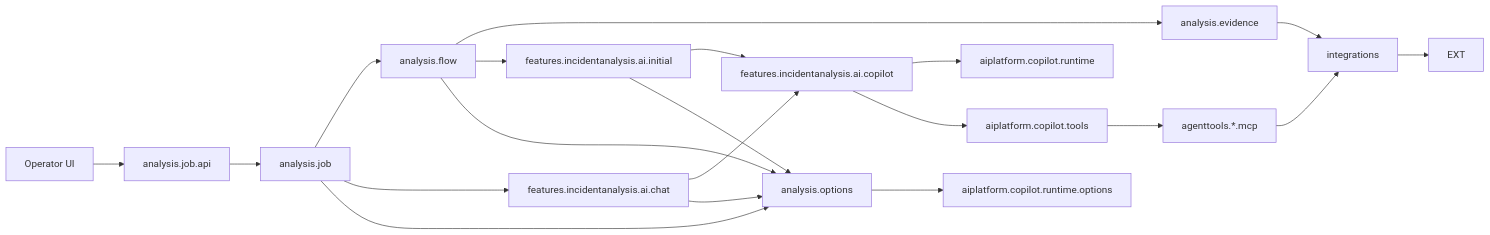
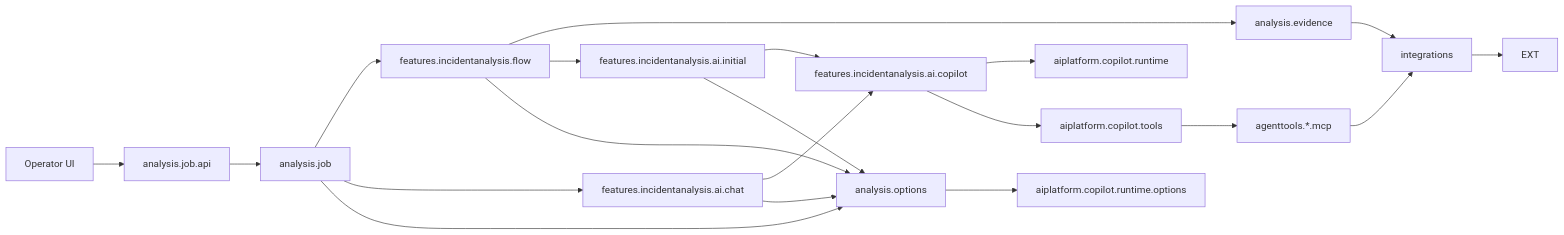
The first of 2 diagrams in docs/architecture/05-package-dependencies.md (herald-assistant/incident-tracker), drawn with Mermaid before and after one commit. The commit also changed other lines of this file and 25 other files, not shown here.

Commit message:
Move incident flow to feature

````diff
--- a/docs/architecture/05-package-dependencies.md
+++ b/docs/architecture/05-package-dependencies.md
@@ -89,26 +91,26 @@
 ```mermaid
 flowchart LR
     OP["Operator UI"] --> JOBAPI["analysis.job.api"]
     JOBAPI --> JOB["analysis.job"]
-    JOB --> FLOW["analysis.flow"]
+    JOB --> FLOW["features.incidentanalysis.flow"]
 
     FLOW --> EVIDENCE["analysis.evidence"]
     EVIDENCE --> INTEGRATIONS["integrations"]
     INTEGRATIONS --> EXT
 
     FLOW --> INITIAL["features.incidentanalysis.ai.initial"]
     INITIAL --> INCIDENTCOPILOT["features.incidentanalysis.ai.copilot"]
     INCIDENTCOPILOT --> AIPLATFORM["aiplatform.copilot.runtime"]
     INCIDENTCOPILOT --> TOOLS["aiplatform.copilot.tools"]
     TOOLS --> MCP["agenttools.*.mcp"]
     MCP --> INTEGRATIONS
 
     JOB --> CHAT
     CHAT["features.incidentanalysis.ai.chat"] --> INCIDENTCOPILOT
 
     JOB --> OPTIONS["analysis.options"]
     FLOW --> OPTIONS
     INITIAL --> OPTIONS
     CHAT --> OPTIONS
     OPTIONS --> PLATFORMOPTIONS["aiplatform.copilot.runtime.options"]
 ```
````
